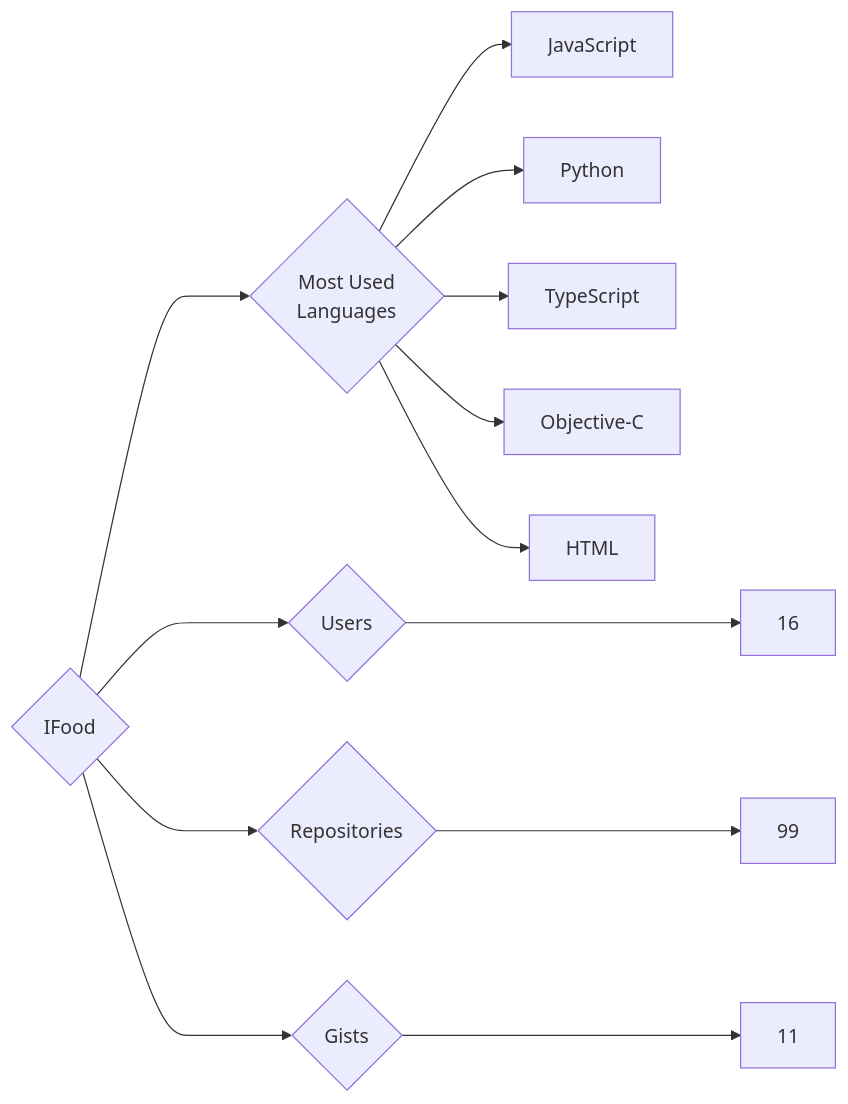
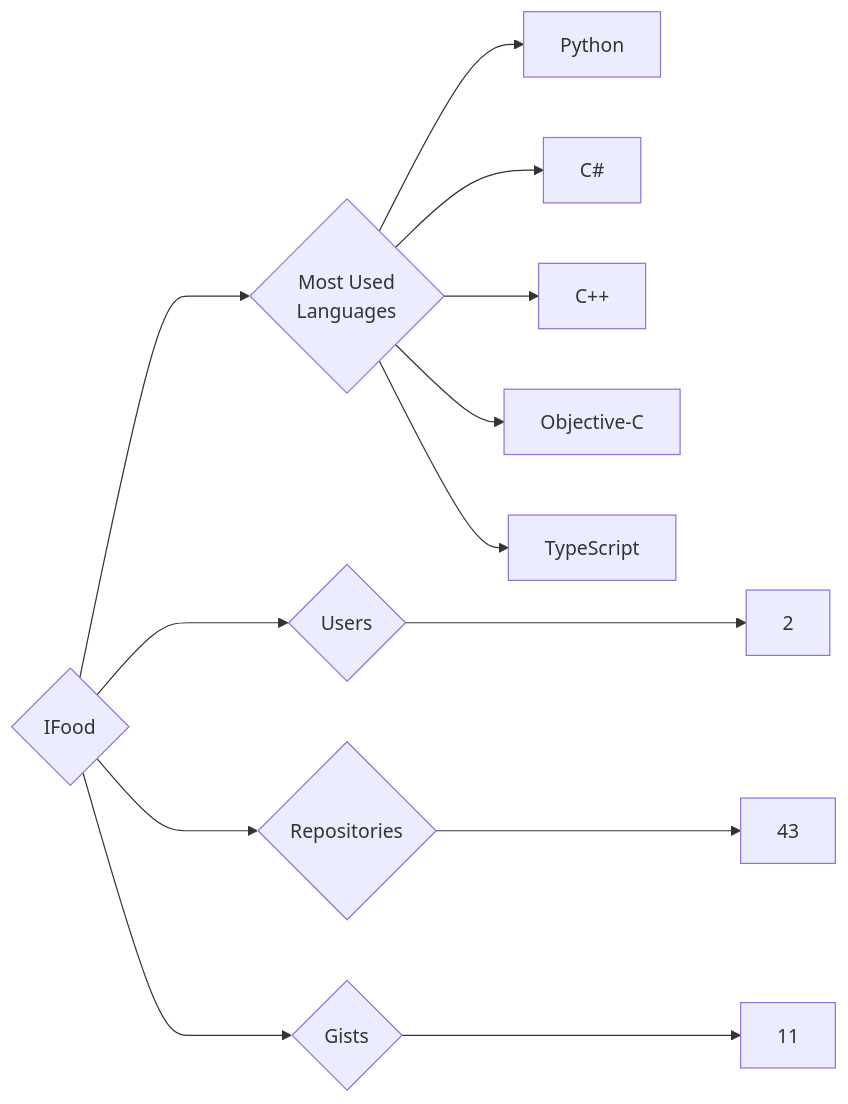
Before and after one commit to trickest/insiders: the diagram in targets/IFood/README.md, drawn with Mermaid. The commit also changed 860 other files, not shown here.

````diff
--- a/targets/IFood/README.md
+++ b/targets/IFood/README.md
@@ -3,13 +3,13 @@
 ```mermaid
 graph LR
 COMPANY_NAME{IFood}
-COMPANY_NAME ---> U{Users} ---> UN[16]
-COMPANY_NAME ---> R{Repositories} ---> RN[99]
+COMPANY_NAME ---> U{Users} ---> UN[2]
+COMPANY_NAME ---> R{Repositories} ---> RN[43]
 COMPANY_NAME ---> G{Gists} ---> GN[11]
 COMPANY_NAME ---> ML{Most Used<br>Languages}
-ML --> JavaScript[JavaScript]
 ML --> Python[Python]
+ML --> C#[C#]
+ML --> C++[C++]
+ML --> Objective-C[Objective-C]
 ML --> TypeScript[TypeScript]
-ML --> Objective-C[Objective-C]
-ML --> HTML[HTML]
 ```
````
